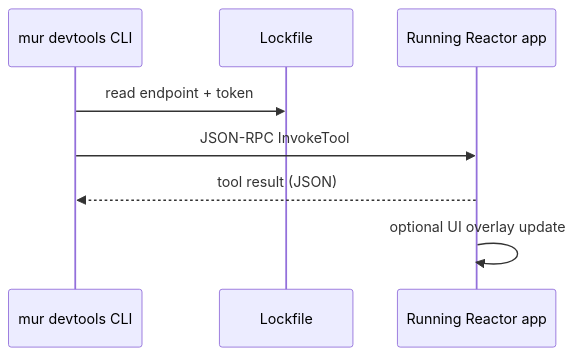
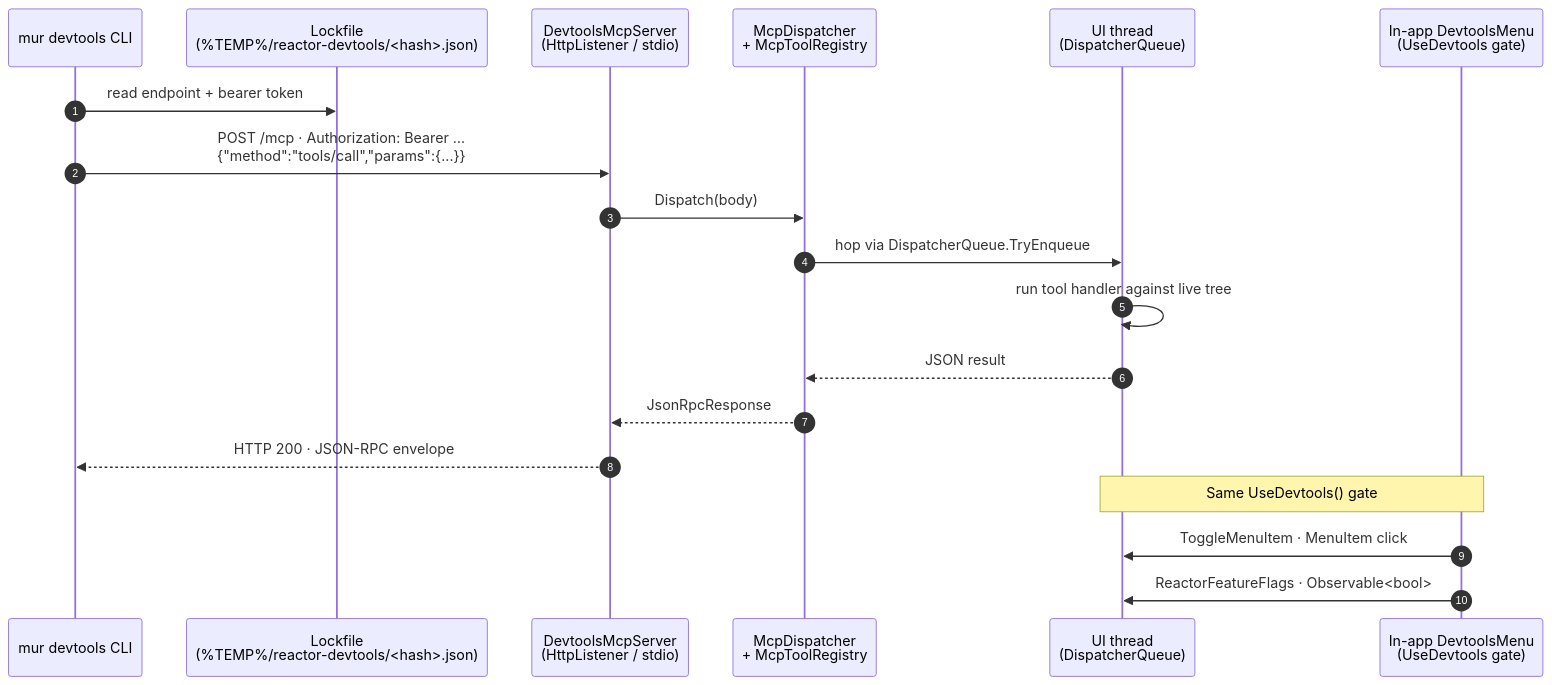
Before and after one commit to microsoft/microsoft-ui-reactor: the diagram in docs/_pipeline/diagrams/devtools-internals/mcp-loop.mmd, drawn with Mermaid. The commit also changed 4 other files, not shown here.

```diff
--- a/docs/_pipeline/diagrams/devtools-internals/mcp-loop.mmd
+++ b/docs/_pipeline/diagrams/devtools-internals/mcp-loop.mmd
@@ -1,12 +1,29 @@
-%% Phase 3.5 scaffold — devtools MCP loop. Author should expand with
-%% the per-process lockfile endpoint discovery, the IDE protocol
-%% surface (overlay, query-tree, set-state), and the security gate
-%% (--devtools opt-in plus session token).
+%% Reactor devtools MCP loop. A running app with --devtools opens a
+%% loopback HTTP listener and writes a lockfile at %TEMP%/reactor-devtools/
+%% advertising endpoint + bearer token. The CLI reads the lockfile, POSTs
+%% a JSON-RPC tools/call envelope, the in-app dispatcher hops the call
+%% to the UI thread, the tool handler runs against the live tree (the
+%% same tree the in-app DevtoolsMenu observes), and the result returns
+%% as a JSON-RPC response. The in-app dev menu is local-only and shares
+%% the same UseDevtools gate.
 sequenceDiagram
+    autonumber
     participant CLI as mur devtools CLI
-    participant LF as Lockfile
-    participant App as Running Reactor app
-    CLI->>LF: read endpoint + token
-    CLI->>App: JSON-RPC InvokeTool
-    App-->>CLI: tool result (JSON)
-    App->>App: optional UI overlay update
+    participant LF as Lockfile<br/>(%TEMP%/reactor-devtools/<hash>.json)
+    participant Server as DevtoolsMcpServer<br/>(HttpListener / stdio)
+    participant Disp as McpDispatcher<br/>+ McpToolRegistry
+    participant UI as UI thread<br/>(DispatcherQueue)
+    participant Menu as In-app DevtoolsMenu<br/>(UseDevtools gate)
+
+    CLI->>LF: read endpoint + bearer token
+    CLI->>Server: POST /mcp · Authorization: Bearer …<br/>{"method":"tools/call","params":{...}}
+    Server->>Disp: Dispatch(body)
+    Disp->>UI: hop via DispatcherQueue.TryEnqueue
+    UI->>UI: run tool handler against live tree
+    UI-->>Disp: JSON result
+    Disp-->>Server: JsonRpcResponse
+    Server-->>CLI: HTTP 200 · JSON-RPC envelope
+
+    Note over Menu,UI: Same UseDevtools() gate
+    Menu->>UI: ToggleMenuItem · MenuItem click
+    Menu->>UI: ReactorFeatureFlags · Observable<bool>
```
